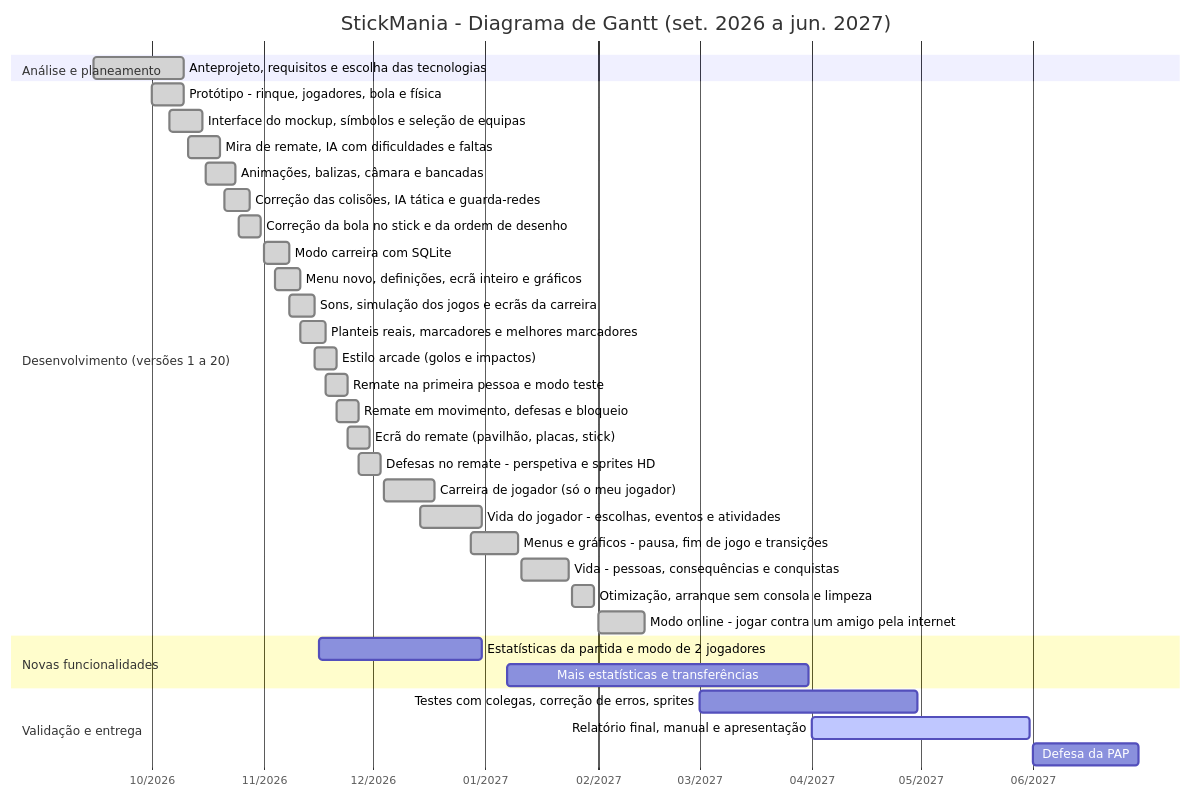
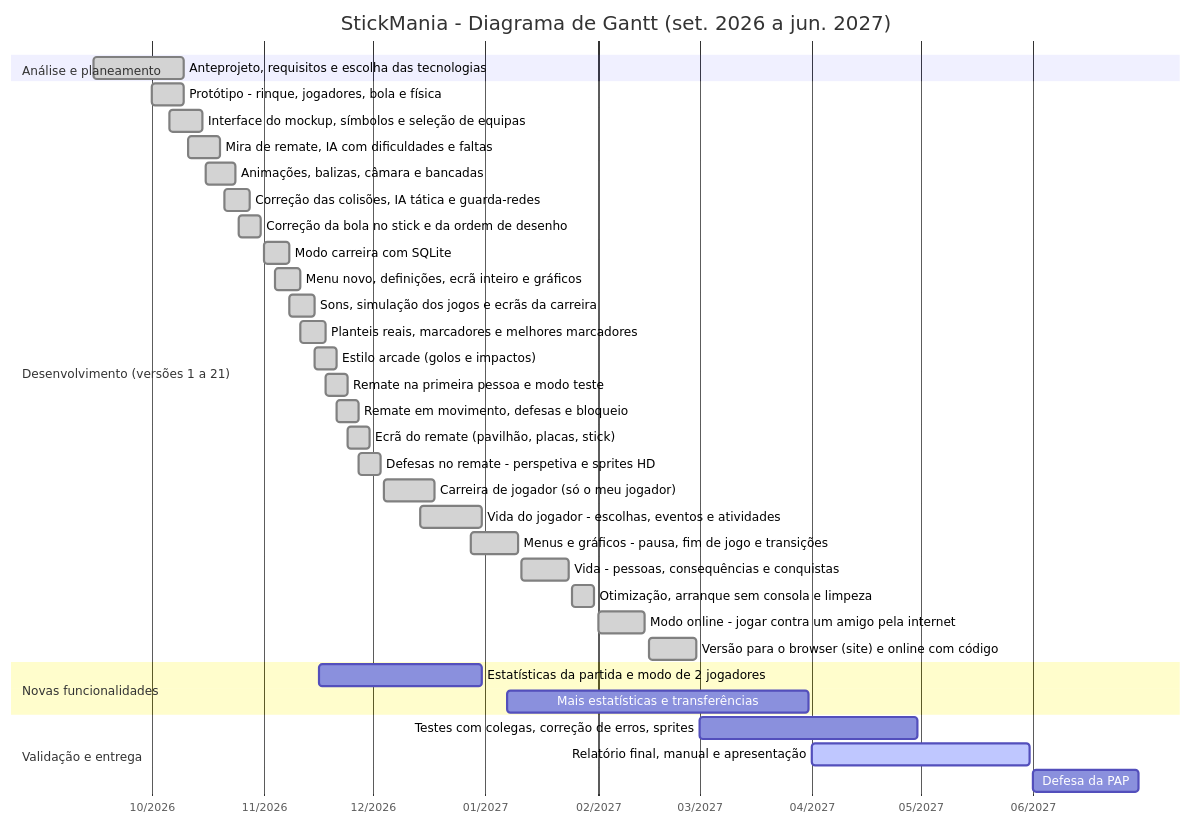
The diagram in docs/GANTT.md (RafaelSilveira23/Stickmaniapap), drawn with Mermaid before and after one commit. The commit also changed other lines of this file and 20 other files, not shown here.

First line of the commit message:
feat: jogar no browser e online com codigo de 4 letras

````diff
--- a/docs/GANTT.md
+++ b/docs/GANTT.md
@@ -11,39 +11,40 @@
 ```mermaid
 gantt
     title StickMania - Diagrama de Gantt (set. 2026 a jun. 2027)
     dateFormat YYYY-MM-DD
     axisFormat %m/%Y
     tickInterval 1month
     todayMarker off
     section Análise e planeamento
     Anteprojeto, requisitos e escolha das tecnologias :done, t1, 2026-09-15, 2026-10-10
-    section Desenvolvimento (versões 1 a 20)
+    section Desenvolvimento (versões 1 a 21)
     Protótipo - rinque, jogadores, bola e física :done, t2, 2026-10-01, 2026-10-10
     Interface do mockup, símbolos e seleção de equipas :done, t3, 2026-10-06, 2026-10-15
     Mira de remate, IA com dificuldades e faltas :done, t4, 2026-10-11, 2026-10-20
     Animações, balizas, câmara e bancadas :done, t5, 2026-10-16, 2026-10-24
     Correção das colisões, IA tática e guarda-redes :done, t6, 2026-10-21, 2026-10-28
     Correção da bola no stick e da ordem de desenho :done, t7, 2026-10-25, 2026-10-31
     Modo carreira com SQLite :done, t8, 2026-11-01, 2026-11-08
     Menu novo, definições, ecrã inteiro e gráficos :done, t9, 2026-11-04, 2026-11-11
     Sons, simulação dos jogos e ecrãs da carreira :done, t10, 2026-11-08, 2026-11-15
     Planteis reais, marcadores e melhores marcadores :done, t11, 2026-11-11, 2026-11-18
     Estilo arcade (golos e impactos) :done, t12, 2026-11-15, 2026-11-21
     Remate na primeira pessoa e modo teste :done, t13, 2026-11-18, 2026-11-24
     Remate em movimento, defesas e bloqueio :done, t14, 2026-11-21, 2026-11-27
     Ecrã do remate (pavilhão, placas, stick) :done, t15, 2026-11-24, 2026-11-30
     Defesas no remate - perspetiva e sprites HD :done, t16, 2026-11-27, 2026-12-03
     Carreira de jogador (só o meu jogador) :done, t17, 2026-12-04, 2026-12-18
     Vida do jogador - escolhas, eventos e atividades :done, t18, 2026-12-14, 2026-12-31
     Menus e gráficos - pausa, fim de jogo e transições :done, t19, 2026-12-28, 2027-01-10
     Vida - pessoas, consequências e conquistas :done, t20, 2027-01-11, 2027-01-24
     Otimização, arranque sem consola e limpeza :done, t21, 2027-01-25, 2027-01-31
     Modo online - jogar contra um amigo pela internet :done, t22, 2027-02-01, 2027-02-14
+    Versão para o browser (site) e online com código :done, t23, 2027-02-15, 2027-02-28
     section Novas funcionalidades
-    Estatísticas da partida e modo de 2 jogadores :t23, 2026-11-16, 2026-12-31
-    Mais estatísticas e transferências :t24, 2027-01-07, 2027-03-31
+    Estatísticas da partida e modo de 2 jogadores :t24, 2026-11-16, 2026-12-31
+    Mais estatísticas e transferências :t25, 2027-01-07, 2027-03-31
     section Validação e entrega
-    Testes com colegas, correção de erros, sprites :t25, 2027-03-01, 2027-04-30
-    Relatório final, manual e apresentação :active, t26, 2027-04-01, 2027-05-31
-    Defesa da PAP :t27, 2027-06-01, 2027-06-30
+    Testes com colegas, correção de erros, sprites :t26, 2027-03-01, 2027-04-30
+    Relatório final, manual e apresentação :active, t27, 2027-04-01, 2027-05-31
+    Defesa da PAP :t28, 2027-06-01, 2027-06-30
 ```
````
